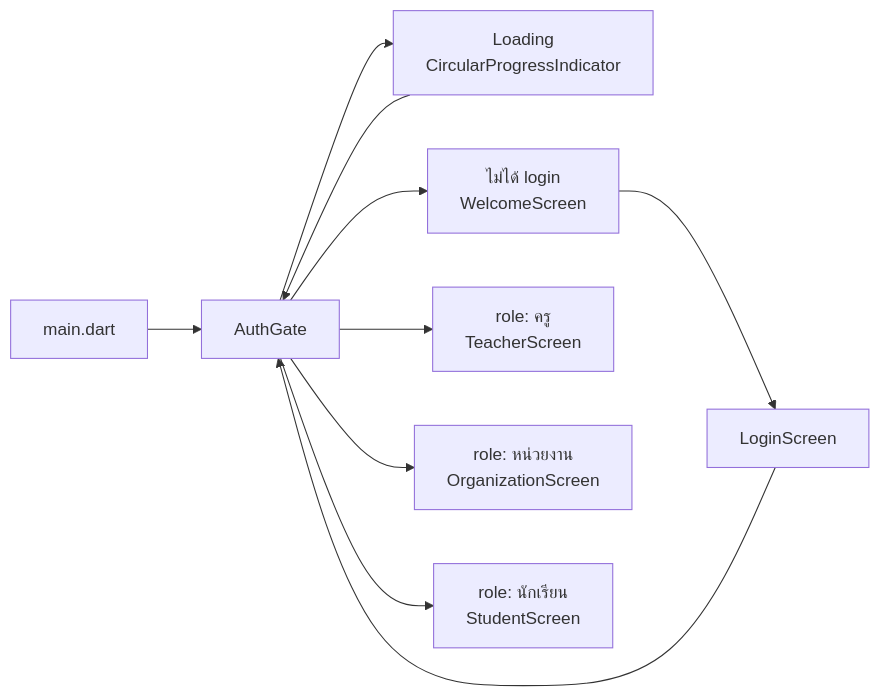
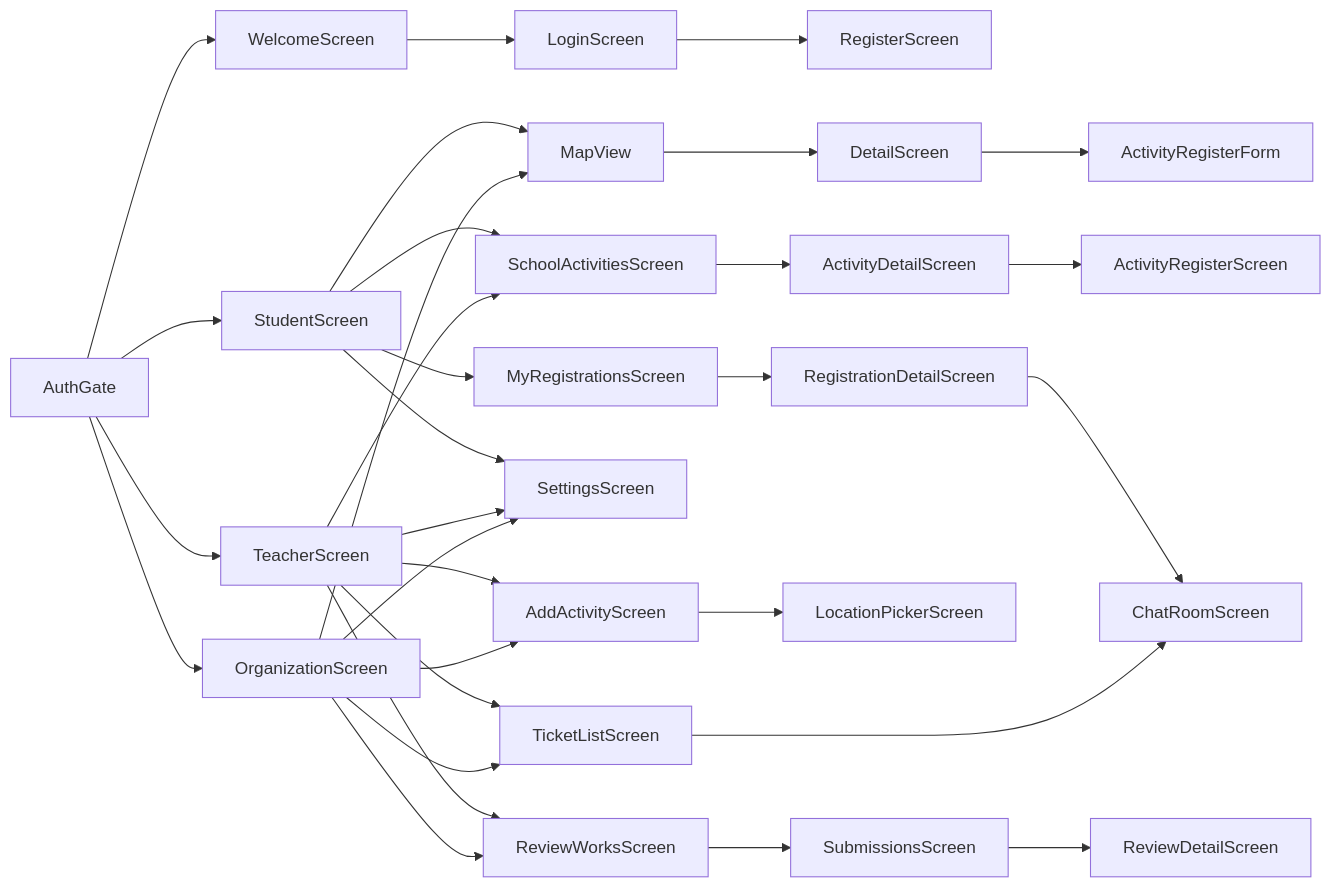
One commit to Toteyparamee/Socialdevapp changed diagram 13 of 14 in README.md. Above: the diagram before and after it, drawn with Mermaid.

Commit message:
feat: Enhance authentication flow diagram in README.md to include detailed screen navigation for roles

````diff
--- a/README.md
+++ b/README.md
@@ -603,14 +603,36 @@
 ```mermaid
 flowchart LR
-    MAIN["main.dart"] --> GATE["AuthGate"]
+    GATE["AuthGate"] --> WELCOME["WelcomeScreen"]
+    WELCOME --> LOGIN["LoginScreen"]
+    LOGIN --> REGISTER["RegisterScreen"]
 
-    GATE --> LOADING["Loading\nCircularProgressIndicator"] --> GATE
+    GATE --> STUDENT["StudentScreen"]
+    STUDENT --> MAPVIEW["MapView"]
+    MAPVIEW --> DETAIL["DetailScreen"]
+    DETAIL --> REGISTER_FORM["ActivityRegisterForm"]
+    STUDENT --> SCHOOL_ACT["SchoolActivitiesScreen"]
+    SCHOOL_ACT --> ACT_DETAIL["ActivityDetailScreen"]
+    ACT_DETAIL --> ACT_REGISTER["ActivityRegisterScreen"]
+    STUDENT --> MY_REG["MyRegistrationsScreen"]
+    MY_REG --> REG_DETAIL["RegistrationDetailScreen"]
+    REG_DETAIL --> CHATROOM["ChatRoomScreen"]
+    STUDENT --> SETTINGS["SettingsScreen"]
 
-    GATE --> WELCOME["ไม่ได้ login\nWelcomeScreen"]
-    WELCOME --> LOGIN["LoginScreen"]
-    LOGIN --> GATE
+    GATE --> TEACHER["TeacherScreen"]
+    TEACHER --> SCHOOL_ACT
+    TEACHER --> ADD_ACT["AddActivityScreen"]
+    ADD_ACT --> LOCATION_PICKER["LocationPickerScreen"]
+    TEACHER --> REVIEW["ReviewWorksScreen"]
+    REVIEW --> SUBMISSIONS["SubmissionsScreen"]
+    SUBMISSIONS --> REVIEW_DETAIL["ReviewDetailScreen"]
+    TEACHER --> TICKETS["TicketListScreen"]
+    TICKETS --> CHATROOM
+    TEACHER --> SETTINGS
 
-    GATE --> TEACHER["role: ครู\nTeacherScreen"]
-    GATE --> ORG["role: หน่วยงาน\nOrganizationScreen"]
-    GATE --> STUDENT["role: นักเรียน\nStudentScreen"]
+    GATE --> ORG["OrganizationScreen"]
+    ORG --> MAPVIEW
+    ORG --> ADD_ACT
+    ORG --> REVIEW
+    ORG --> TICKETS
+    ORG --> SETTINGS
 ```
````
